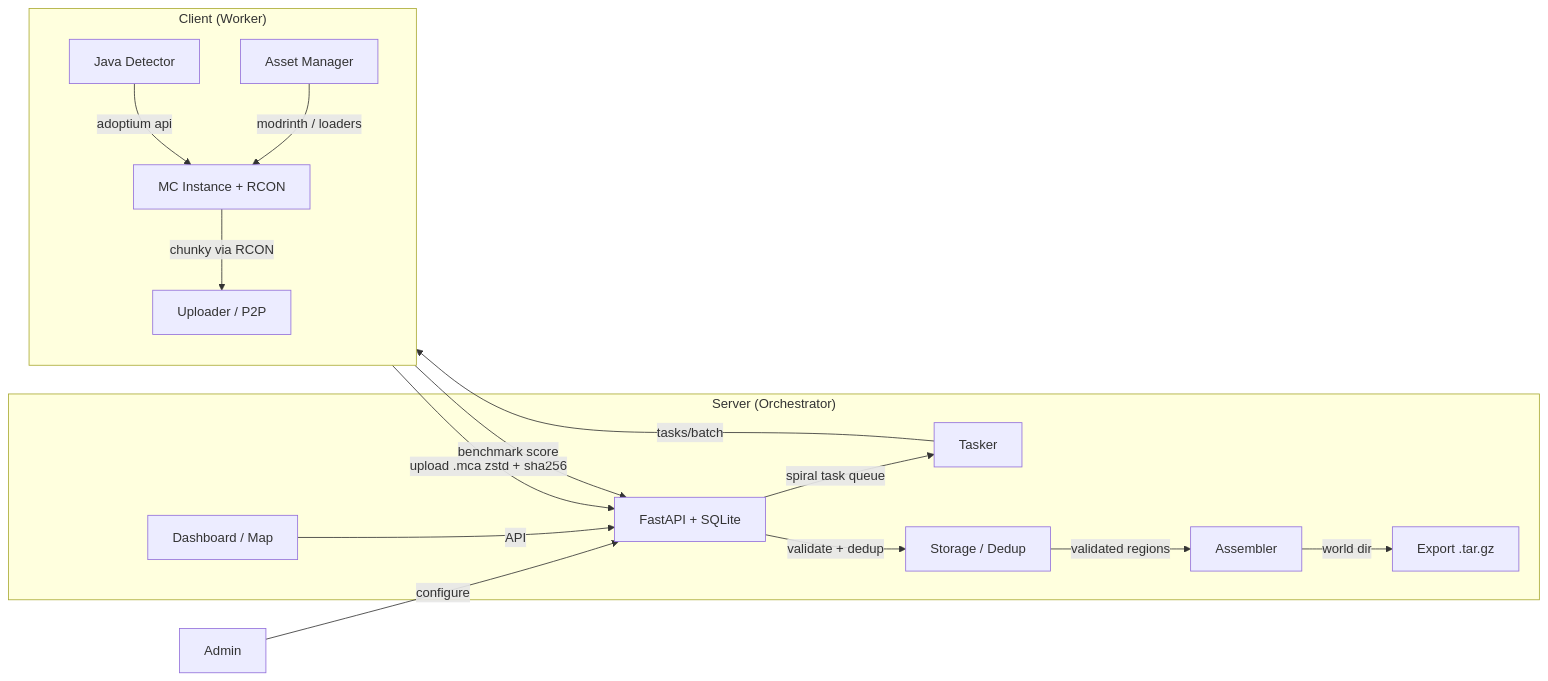
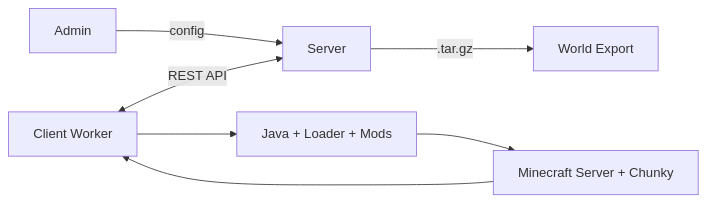
Before and after one commit to YoannDev90/ChunkDMesh: the diagram in README.md, drawn with Mermaid.

Commit message:
docs: simplify mermaid diagram

````diff
--- a/README.md
+++ b/README.md
@@ -52,31 +52,9 @@
 ```mermaid
 flowchart LR
-    subgraph Server["Server (Orchestrator)"]
-        API[FastAPI + SQLite]
-        Tasker[Tasker]
-        Storage[Storage / Dedup]
-        Assembler[Assembler]
-        Exporter[Export .tar.gz]
-        Dashboard[Dashboard / Map]
-    end
-
-    subgraph Client["Client (Worker)"]
-        Java[Java Detector]
-        Assets[Asset Manager]
-        MC[MC Instance + RCON]
-        Upload[Uploader / P2P]
-    end
-
-    Admin[Admin] -->|configure| API
-    API -->|spiral task queue| Tasker
-    Tasker -->|tasks/batch| Client
-    Client -->|upload .mca zstd + sha256| API
-    API -->|validate + dedup| Storage
-    Storage -->|validated regions| Assembler
-    Assembler -->|world dir| Exporter
-    Dashboard -->|API| API
-    Client -->|benchmark score| API
-    Java -->|adoptium api| MC
-    Assets -->|modrinth / loaders| MC
-    MC -->|chunky via RCON| Upload
+    Admin[Admin] -->|config| Server
+    Client[Client Worker] <-->|REST API| Server
+    Server -->|.tar.gz| World[World Export]
+    Client --> Java[Java + Loader + Mods]
+    Java --> MC[Minecraft Server + Chunky]
+    MC --> Client
 ```
````
